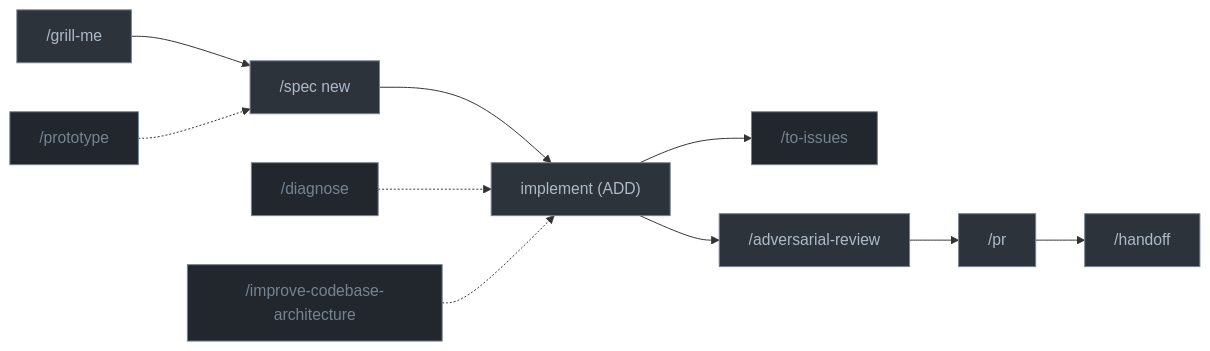
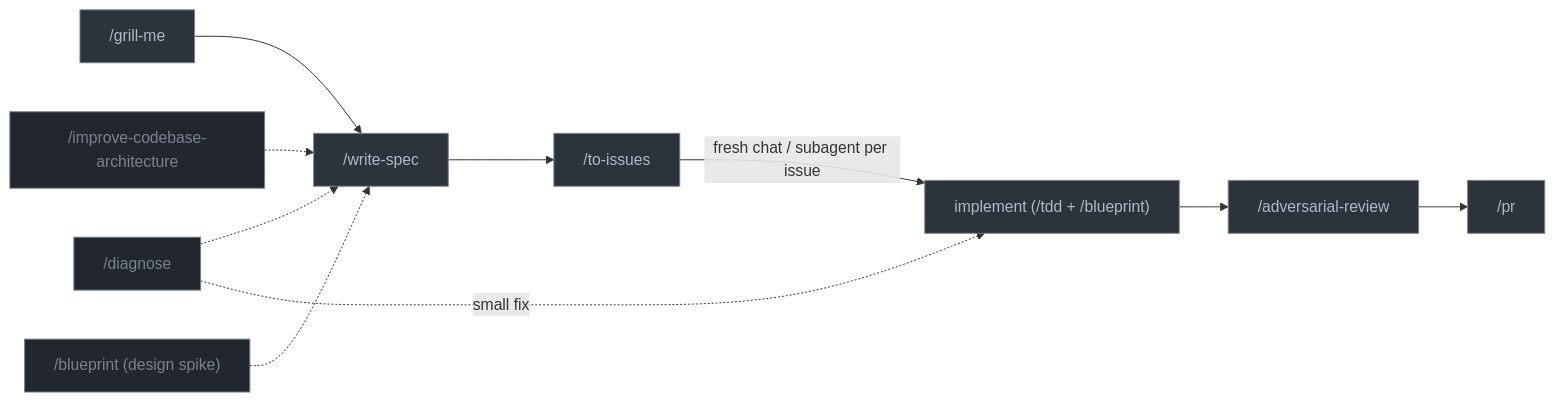
The diagram in README.md (kpeez/agent-toolbox), drawn with Mermaid before and after one commit. The commit also changed other lines of this file and 5 other files, not shown here.

````diff
--- a/README.md
+++ b/README.md
@@ -112,23 +132,22 @@
 ```mermaid
 graph LR
-  G["/grill-me"] --> A["/spec new"]
-  A --> B["implement (ADD)"]
-  B --> I["/to-issues"]
+  G["/grill-me"] --> A["/write-spec"]
+  X["/diagnose"] -.-> A
+  Y["/improve-codebase-architecture"] -.-> A
+  A --> I["/to-issues"]
+  I -->|"fresh chat / subagent per issue"| B["implement (/tdd + /blueprint)"]
   B --> C["/adversarial-review"]
   C --> D["/pr"]
-  D --> E["/handoff"]
-  P["/prototype"] -.-> A
-  X["/diagnose"] -.-> B
-  Y["/improve-codebase-architecture"] -.-> B
+  X -.->|"small fix"| B
+  P["/blueprint (design spike)"] -.-> A
 
 style G fill:#2d333b,stroke:#768390,color:#adbac7
 style A fill:#2d333b,stroke:#768390,color:#adbac7
+style I fill:#2d333b,stroke:#768390,color:#adbac7
 style B fill:#2d333b,stroke:#768390,color:#adbac7
 style C fill:#2d333b,stroke:#768390,color:#adbac7
 style D fill:#2d333b,stroke:#768390,color:#adbac7
-style E fill:#2d333b,stroke:#768390,color:#adbac7
-style I fill:#22272e,stroke:#768390,color:#768390
-style P fill:#22272e,stroke:#768390,color:#768390
 style X fill:#22272e,stroke:#768390,color:#768390
 style Y fill:#22272e,stroke:#768390,color:#768390
+style P fill:#22272e,stroke:#768390,color:#768390
 ```
````
